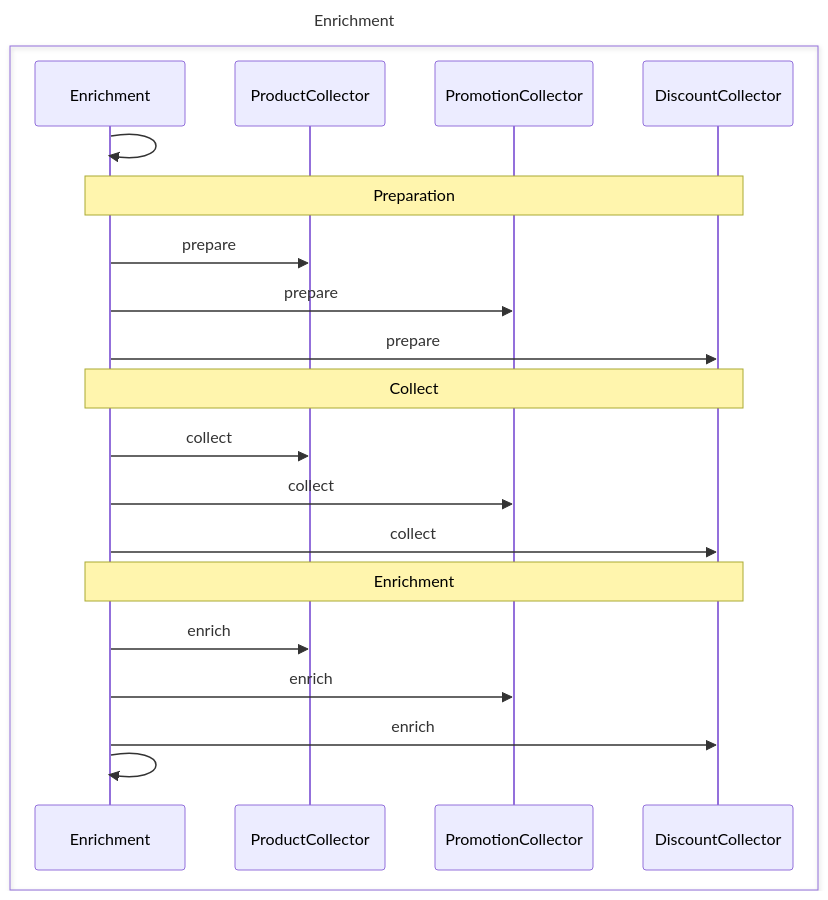
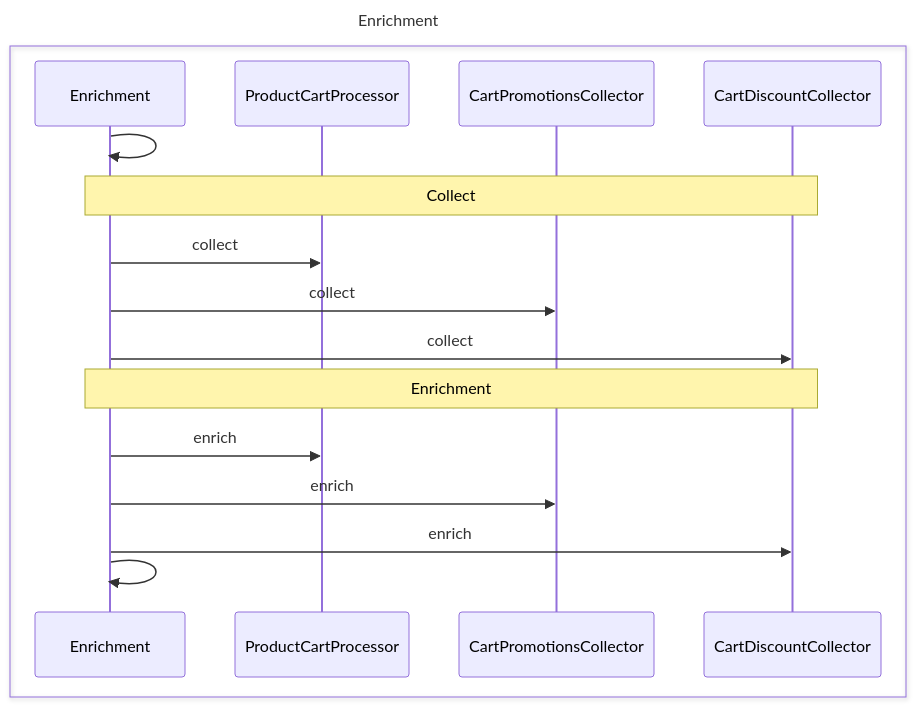
The third of 4 diagrams in concepts/commerce/checkout-concept/cart.md (shopware/docs), drawn with Mermaid before and after one commit. The commit also changed other lines of this file and 16 other files, not shown here.

Commit message:
Update diagrams and description

````diff
--- a/concepts/commerce/checkout-concept/cart.md
+++ b/concepts/commerce/checkout-concept/cart.md
@@ -191,26 +143,22 @@
 ```mermaid
 ---
 title: Enrichment
 ---
 sequenceDiagram
 Enrichment->>Enrichment : 
 box
     participant Enrichment
-    participant ProductCollector
-    participant PromotionCollector
-    participant DiscountCollector
+    participant ProductCartProcessor
+    participant CartPromotionsCollector
+    participant CartDiscountCollector
     end
-    Note over Enrichment,DiscountCollector: Preparation
-    Enrichment->>ProductCollector: prepare
-    Enrichment->>PromotionCollector: prepare
-    Enrichment->>DiscountCollector: prepare
-    Note over Enrichment,DiscountCollector: Collect
-    Enrichment->>ProductCollector: collect
-    Enrichment->>PromotionCollector: collect
-    Enrichment->>DiscountCollector: collect
-    Note over Enrichment,DiscountCollector: Enrichment
-    Enrichment->>ProductCollector: enrich
-    Enrichment->>PromotionCollector: enrich
-    Enrichment->>DiscountCollector: enrich
+    Note over Enrichment,CartDiscountCollector: Collect
+    Enrichment->>ProductCartProcessor: collect
+    Enrichment->>CartPromotionsCollector: collect
+    Enrichment->>CartDiscountCollector: collect
+    Note over Enrichment,CartDiscountCollector: Enrichment
+    Enrichment->>ProductCartProcessor: enrich
+    Enrichment->>CartPromotionsCollector: enrich
+    Enrichment->>CartDiscountCollector: enrich
     Enrichment->>Enrichment : 
 ```
````
